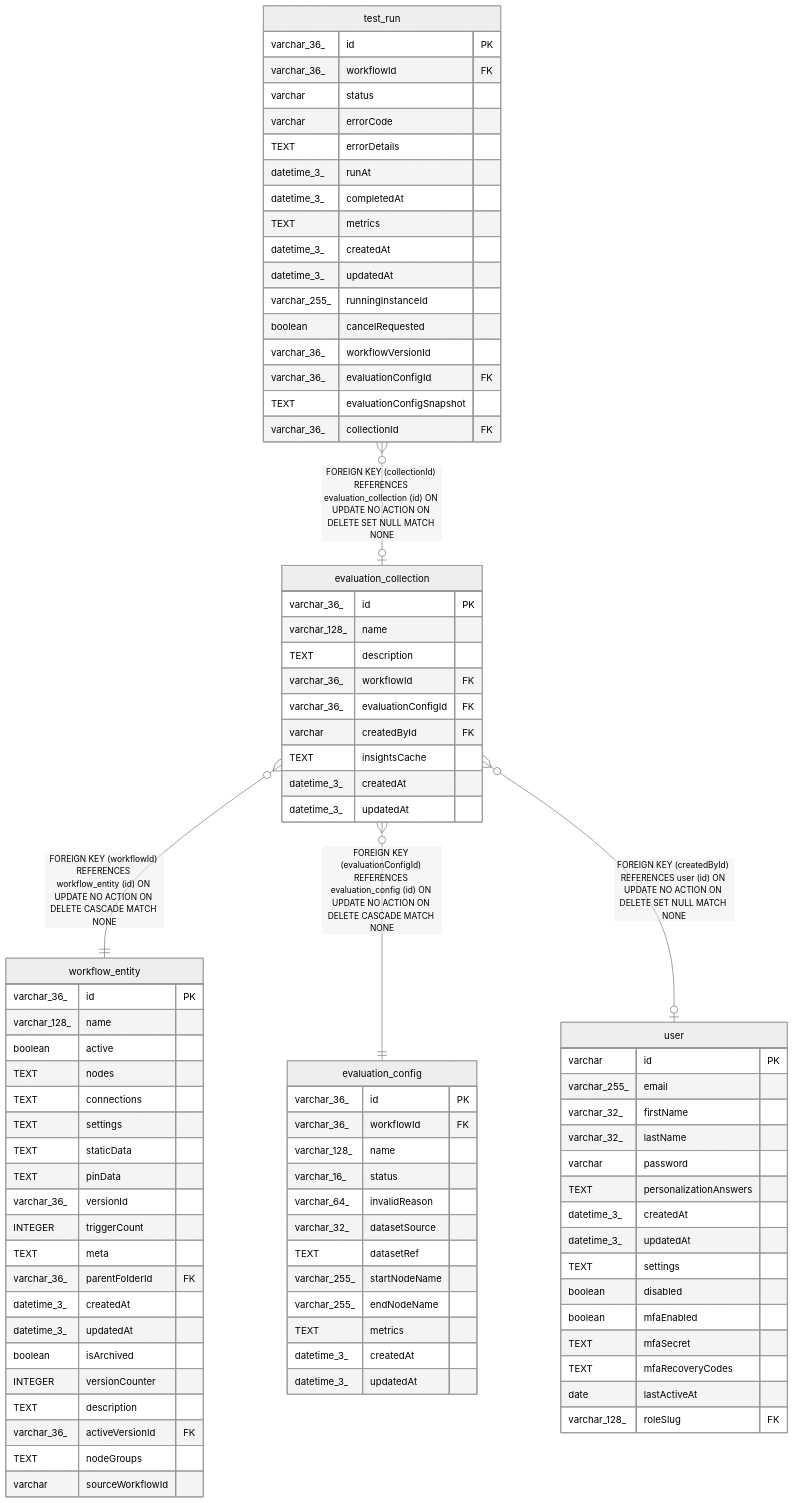
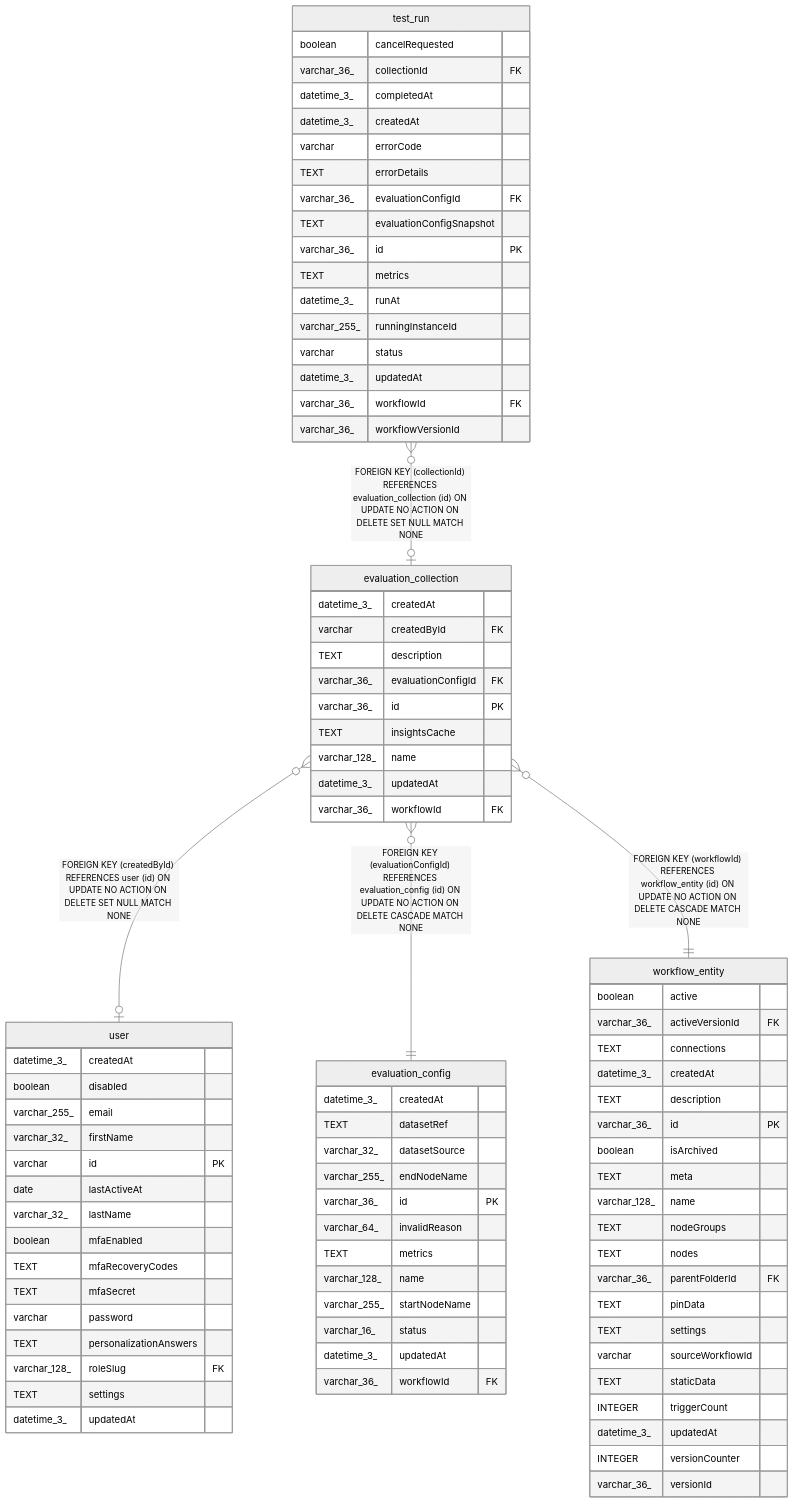
One commit to mayankjain1815-commits/n8n changed the diagram in docs/generated/sqlite-schema/evaluation_collection.md. Above: the diagram before and after it, drawn with Mermaid (neutral theme). The commit also changed other lines of this file and 221 other files, not shown here.

Commit message:
chore(core): Make DB schema docs generation deterministic (#32373)

````diff
--- a/docs/generated/sqlite-schema/evaluation_collection.md
+++ b/docs/generated/sqlite-schema/evaluation_collection.md
@@ -48,91 +48,91 @@
 ```mermaid
 erDiagram
 
+"evaluation_collection" }o--o| "user" : "FOREIGN KEY (createdById) REFERENCES user (id) ON UPDATE NO ACTION ON DELETE SET NULL MATCH NONE"
+"evaluation_collection" }o--|| "evaluation_config" : "FOREIGN KEY (evaluationConfigId) REFERENCES evaluation_config (id) ON UPDATE NO ACTION ON DELETE CASCADE MATCH NONE"
 "test_run" }o--o| "evaluation_collection" : "FOREIGN KEY (collectionId) REFERENCES evaluation_collection (id) ON UPDATE NO ACTION ON DELETE SET NULL MATCH NONE"
 "evaluation_collection" }o--|| "workflow_entity" : "FOREIGN KEY (workflowId) REFERENCES workflow_entity (id) ON UPDATE NO ACTION ON DELETE CASCADE MATCH NONE"
-"evaluation_collection" }o--|| "evaluation_config" : "FOREIGN KEY (evaluationConfigId) REFERENCES evaluation_config (id) ON UPDATE NO ACTION ON DELETE CASCADE MATCH NONE"
-"evaluation_collection" }o--o| "user" : "FOREIGN KEY (createdById) REFERENCES user (id) ON UPDATE NO ACTION ON DELETE SET NULL MATCH NONE"
 
 "evaluation_collection" {
+  datetime_3_ createdAt
+  varchar createdById FK
+  TEXT description
+  varchar_36_ evaluationConfigId FK
   varchar_36_ id PK
+  TEXT insightsCache
   varchar_128_ name
-  TEXT description
+  datetime_3_ updatedAt
   varchar_36_ workflowId FK
-  varchar_36_ evaluationConfigId FK
-  varchar createdById FK
-  TEXT insightsCache
+}
+"user" {
   datetime_3_ createdAt
+  boolean disabled
+  varchar_255_ email
+  varchar_32_ firstName
+  varchar id PK
+  date lastActiveAt
+  varchar_32_ lastName
+  boolean mfaEnabled
+  TEXT mfaRecoveryCodes
+  TEXT mfaSecret
+  varchar password
+  TEXT personalizationAnswers
+  varchar_128_ roleSlug FK
+  TEXT settings
   datetime_3_ updatedAt
 }
+"evaluation_config" {
+  datetime_3_ createdAt
+  TEXT datasetRef
+  varchar_32_ datasetSource
+  varchar_255_ endNodeName
+  varchar_36_ id PK
+  varchar_64_ invalidReason
+  TEXT metrics
+  varchar_128_ name
+  varchar_255_ startNodeName
+  varchar_16_ status
+  datetime_3_ updatedAt
+  varchar_36_ workflowId FK
+}
 "test_run" {
-  varchar_36_ id PK
-  varchar_36_ workflowId FK
-  varchar status
+  boolean cancelRequested
+  varchar_36_ collectionId FK
+  datetime_3_ completedAt
+  datetime_3_ createdAt
   varchar errorCode
   TEXT errorDetails
-  datetime_3_ runAt
-  datetime_3_ completedAt
-  TEXT metrics
-  datetime_3_ createdAt
-  datetime_3_ updatedAt
-  varchar_255_ runningInstanceId
-  boolean cancelRequested
-  varchar_36_ workflowVersionId
   varchar_36_ evaluationConfigId FK
   TEXT evaluationConfigSnapshot
-  varchar_36_ collectionId FK
+  varchar_36_ id PK
+  TEXT metrics
+  datetime_3_ runAt
+  varchar_255_ runningInstanceId
+  varchar status
+  datetime_3_ updatedAt
+  varchar_36_ workflowId FK
+  varchar_36_ workflowVersionId
 }
 "workflow_entity" {
+  boolean active
+  varchar_36_ activeVersionId FK
+  TEXT connections
+  datetime_3_ createdAt
+  TEXT description
   varchar_36_ id PK
+  boolean isArchived
+  TEXT meta
   varchar_128_ name
-  boolean active
+  TEXT nodeGroups
   TEXT nodes
-  TEXT connections
+  varchar_36_ parentFolderId FK
+  TEXT pinData
   TEXT settings
+  varchar sourceWorkflowId
   TEXT staticData
-  TEXT pinData
+  INTEGER triggerCount
+  datetime_3_ updatedAt
+  INTEGER versionCounter
   varchar_36_ versionId
-  INTEGER triggerCount
-  TEXT meta
-  varchar_36_ parentFolderId FK
-  datetime_3_ createdAt
-  datetime_3_ updatedAt
-  boolean isArchived
-  INTEGER versionCounter
-  TEXT description
-  varchar_36_ activeVersionId FK
-  TEXT nodeGroups
-  varchar sourceWorkflowId
-}
-"evaluation_config" {
-  varchar_36_ id PK
-  varchar_36_ workflowId FK
-  varchar_128_ name
-  varchar_16_ status
-  varchar_64_ invalidReason
-  varchar_32_ datasetSource
-  TEXT datasetRef
-  varchar_255_ startNodeName
-  varchar_255_ endNodeName
-  TEXT metrics
-  datetime_3_ createdAt
-  datetime_3_ updatedAt
-}
-"user" {
-  varchar id PK
-  varchar_255_ email
-  varchar_32_ firstName
-  varchar_32_ lastName
-  varchar password
-  TEXT personalizationAnswers
-  datetime_3_ createdAt
-  datetime_3_ updatedAt
-  TEXT settings
-  boolean disabled
-  boolean mfaEnabled
-  TEXT mfaSecret
-  TEXT mfaRecoveryCodes
-  date lastActiveAt
-  varchar_128_ roleSlug FK
 }
 ```
````
